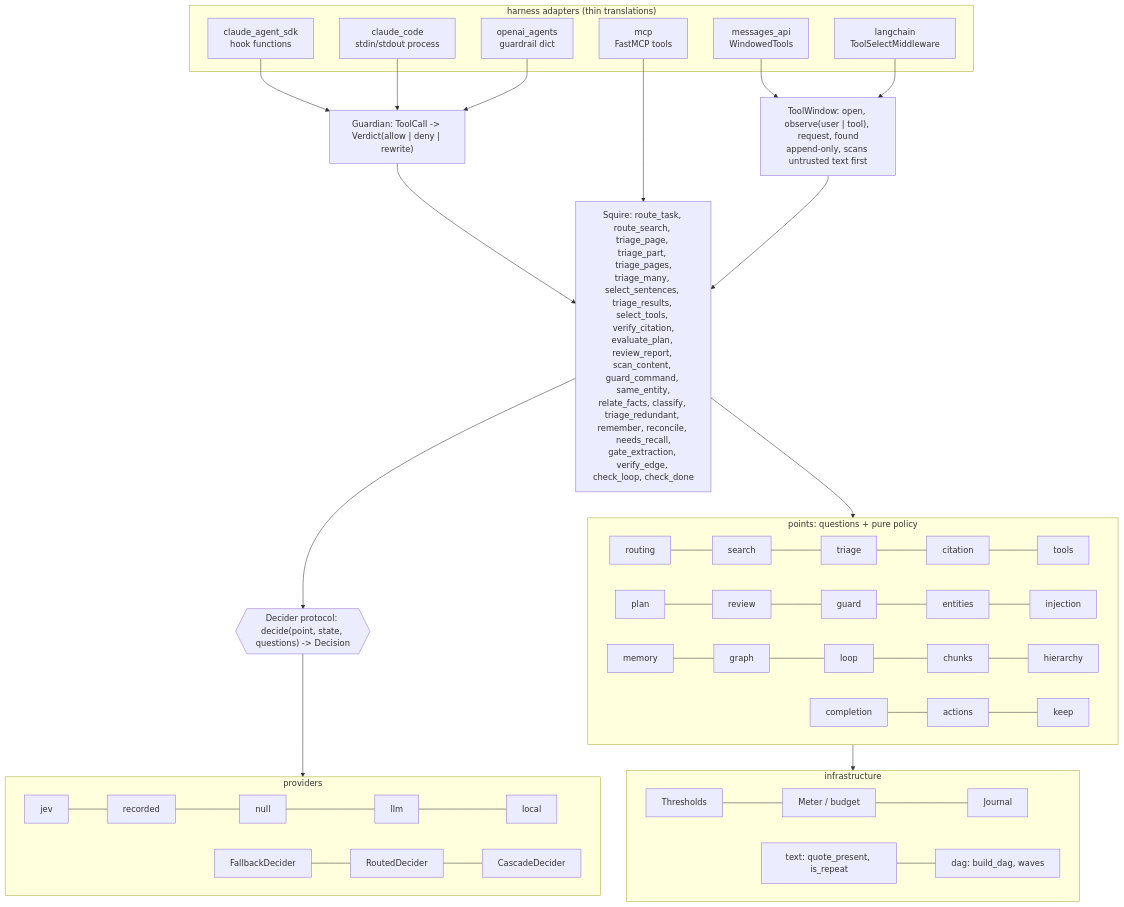
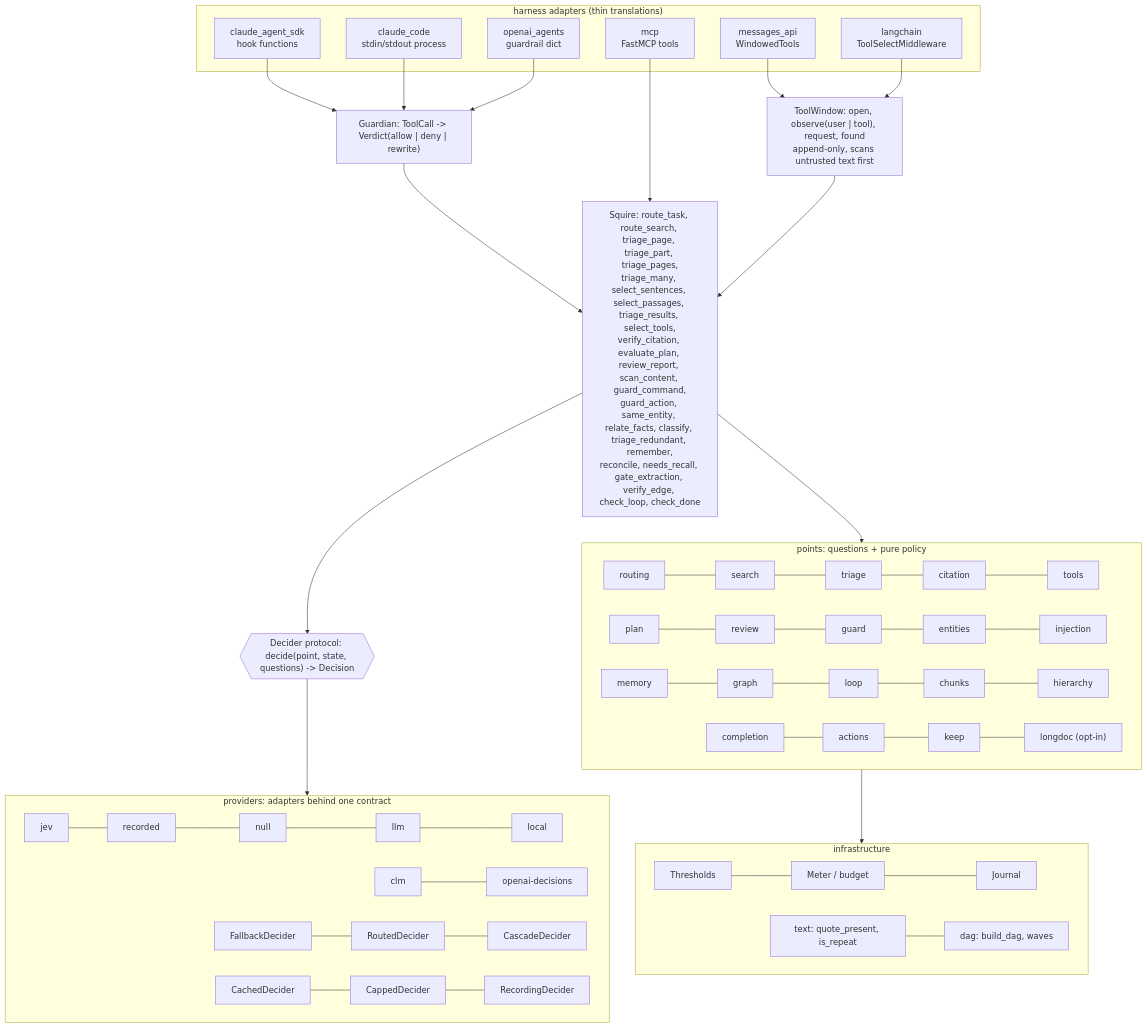
The second of 2 diagrams in docs/architecture.md (romanpert/sanchopanza), drawn with Mermaid before and after one commit. The commit also changed other lines of this file and 9 other files, not shown here.

````diff
--- a/docs/architecture.md
+++ b/docs/architecture.md
@@ -46,34 +51,36 @@
 ```mermaid
 flowchart TB
     subgraph adapters["harness adapters (thin translations)"]
         A1[claude_agent_sdk<br/>hook functions]
         A2[claude_code<br/>stdin/stdout process]
         A3[mcp<br/>FastMCP tools]
         A4[openai_agents<br/>guardrail dict]
         A5[messages_api<br/>WindowedTools]
         A6[langchain<br/>ToolSelectMiddleware]
     end
     G["Guardian: ToolCall -> Verdict(allow | deny | rewrite)"]
     W["ToolWindow: open, observe(user | tool), request, found<br/>append-only, scans untrusted text first"]
-    S["Squire: route_task, route_search, triage_page, triage_part, triage_pages,<br/>triage_many, select_sentences, triage_results, select_tools, verify_citation,<br/>evaluate_plan, review_report, scan_content, guard_command, same_entity,<br/>relate_facts, classify, triage_redundant, remember, reconcile, needs_recall,<br/>gate_extraction, verify_edge, check_loop, check_done"]
+    S["Squire: route_task, route_search, triage_page, triage_part, triage_pages,<br/>triage_many, select_sentences, select_passages, triage_results, select_tools,<br/>verify_citation, evaluate_plan, review_report, scan_content, guard_command,<br/>guard_action, same_entity, relate_facts, classify, triage_redundant, remember,<br/>reconcile, needs_recall, gate_extraction, verify_edge, check_loop, check_done"]
     subgraph points["points: questions + pure policy"]
         P1[routing] --- P2[search] --- P3[triage] --- P4[citation] --- P9[tools]
         P5[plan] --- P6[review] --- P7[guard] --- P8[entities] --- P10[injection]
         P11[memory] --- P12[graph] --- P13[loop] --- P14[chunks] --- P15[hierarchy]
-        P16[completion] --- P17[actions] --- P18[keep]
+        P16[completion] --- P17[actions] --- P18[keep] --- P19["longdoc (opt-in)"]
     end
     subgraph infra["infrastructure"]
         T[Thresholds] --- B[Meter / budget] --- J[Journal]
         X[text: quote_present, is_repeat] --- DG[dag: build_dag, waves]
     end
     C{{"Decider protocol: decide(point, state, questions) -> Decision"}}
-    subgraph providers
+    subgraph providers["providers: adapters behind one contract"]
         V1[jev] --- V2[recorded] --- V3[null] --- V4[llm] --- V5[local]
+        V10[clm] --- V11[openai-decisions]
         V6[FallbackDecider] --- V7[RoutedDecider] --- V9[CascadeDecider]
+        V12[CachedDecider] --- V13[CappedDecider] --- V14[RecordingDecider]
     end
     A1 & A2 & A4 --> G --> S
     A3 --> S
     A5 & A6 --> W --> S
     S --> points --> infra
     S --> C --> providers
 ```
````
